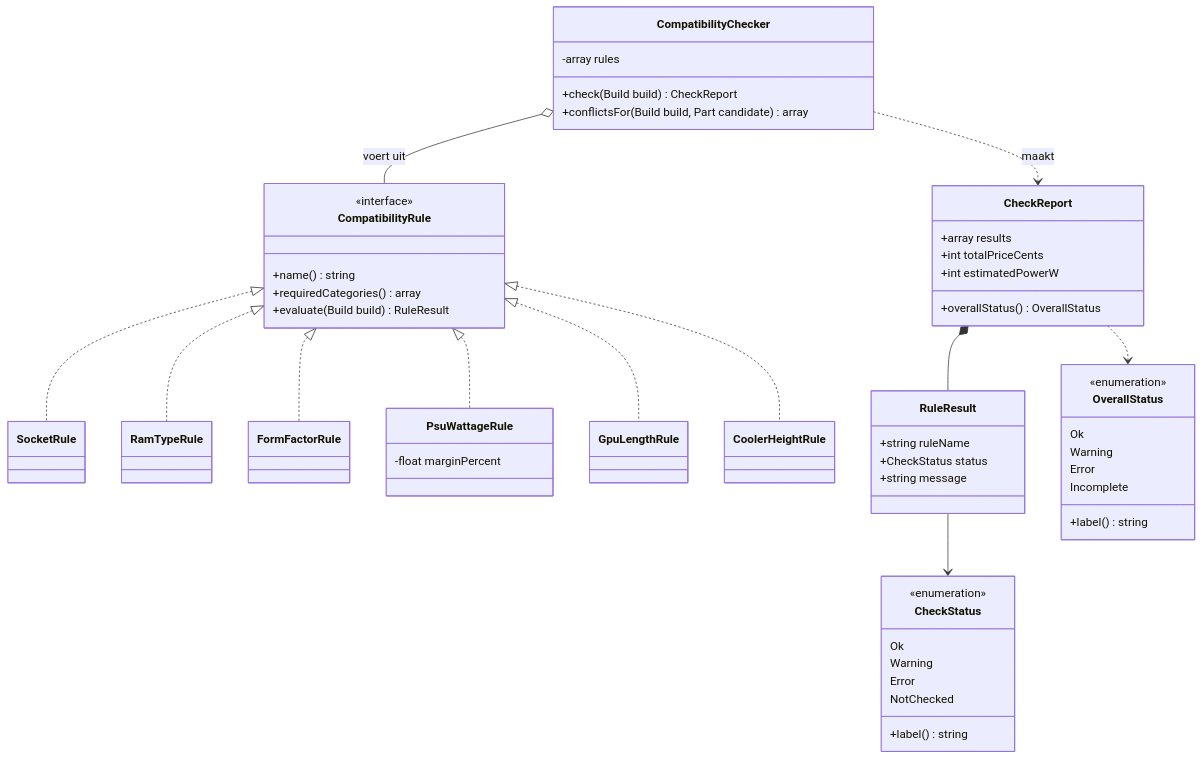
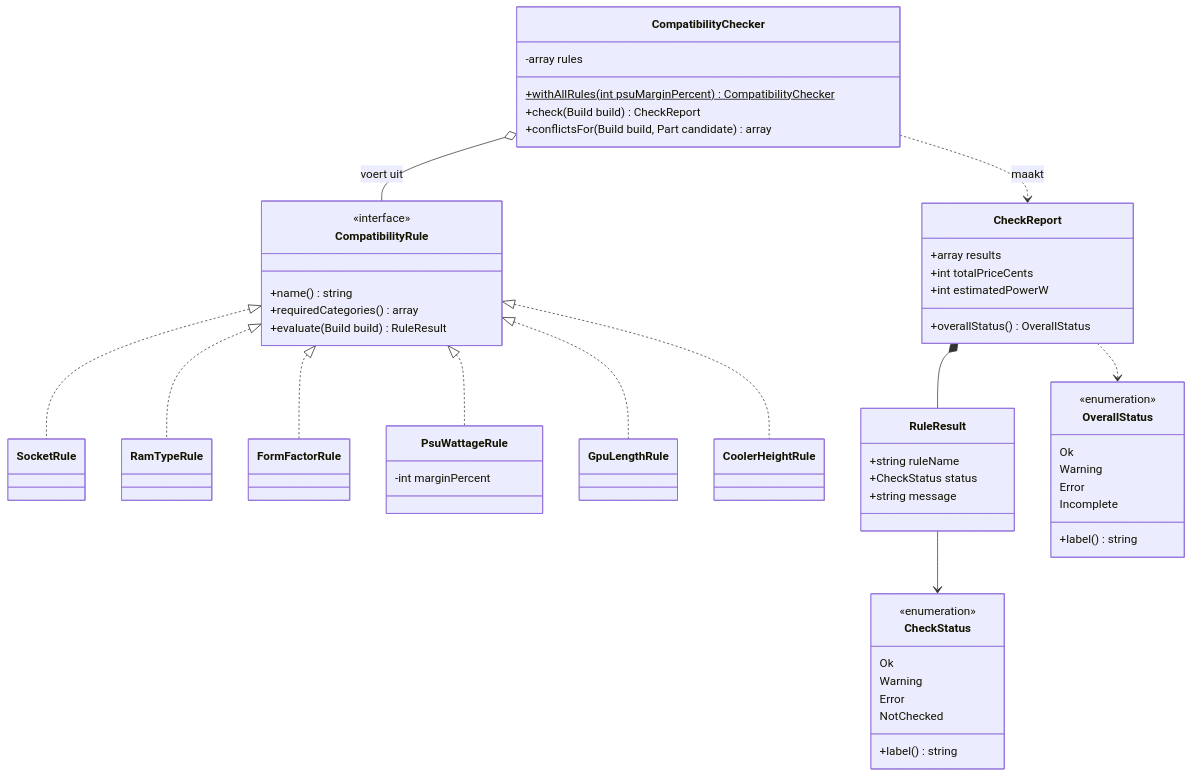
One commit to Niels023/pc-bouwplanner changed the fifth of 8 diagrams in docs/ontwerp.md. Above: the diagram before and after it, drawn with Mermaid. The commit also changed other lines of this file and 2 other files, not shown here.

Commit message:
docs: klassendiagrammen bijgewerkt naar de gebouwde code

````diff
--- a/docs/ontwerp.md
+++ b/docs/ontwerp.md
@@ -314,61 +325,62 @@
 ```mermaid
 classDiagram
     class CompatibilityRule {
         <<interface>>
         +name() string
         +requiredCategories() array
         +evaluate(Build build) RuleResult
     }
     class SocketRule
     class RamTypeRule
     class FormFactorRule
     class PsuWattageRule {
-        -float marginPercent
+        -int marginPercent
     }
     class GpuLengthRule
     class CoolerHeightRule
     class CompatibilityChecker {
         -array rules
+        +withAllRules(int psuMarginPercent) CompatibilityChecker$
         +check(Build build) CheckReport
         +conflictsFor(Build build, Part candidate) array
     }
     class CheckReport {
         +array results
         +int totalPriceCents
         +int estimatedPowerW
         +overallStatus() OverallStatus
     }
     class RuleResult {
         +string ruleName
         +CheckStatus status
         +string message
     }
     class CheckStatus {
         <<enumeration>>
         Ok
         Warning
         Error
         NotChecked
         +label() string
     }
     class OverallStatus {
         <<enumeration>>
         Ok
         Warning
         Error
         Incomplete
         +label() string
     }
 
     CompatibilityRule <|.. SocketRule
     CompatibilityRule <|.. RamTypeRule
     CompatibilityRule <|.. FormFactorRule
     CompatibilityRule <|.. PsuWattageRule
     CompatibilityRule <|.. GpuLengthRule
     CompatibilityRule <|.. CoolerHeightRule
     CompatibilityChecker o-- CompatibilityRule : voert uit
     CompatibilityChecker ..> CheckReport : maakt
     CheckReport *-- RuleResult
     RuleResult --> CheckStatus
     CheckReport ..> OverallStatus
 ```
````
